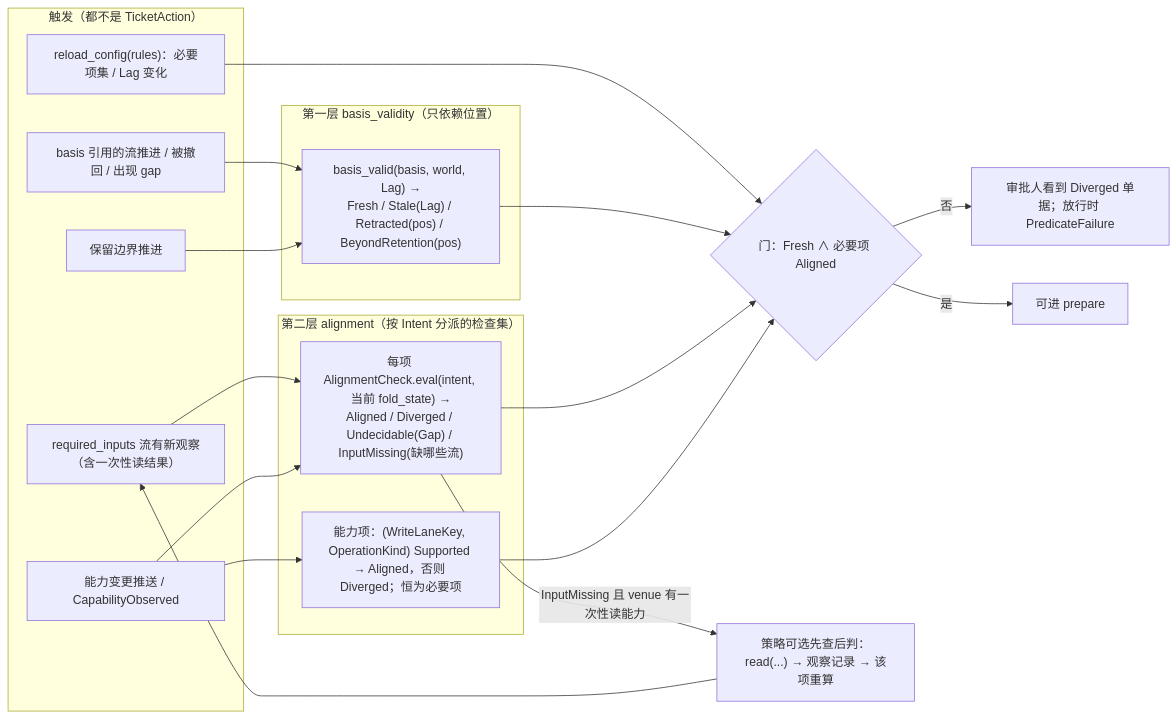
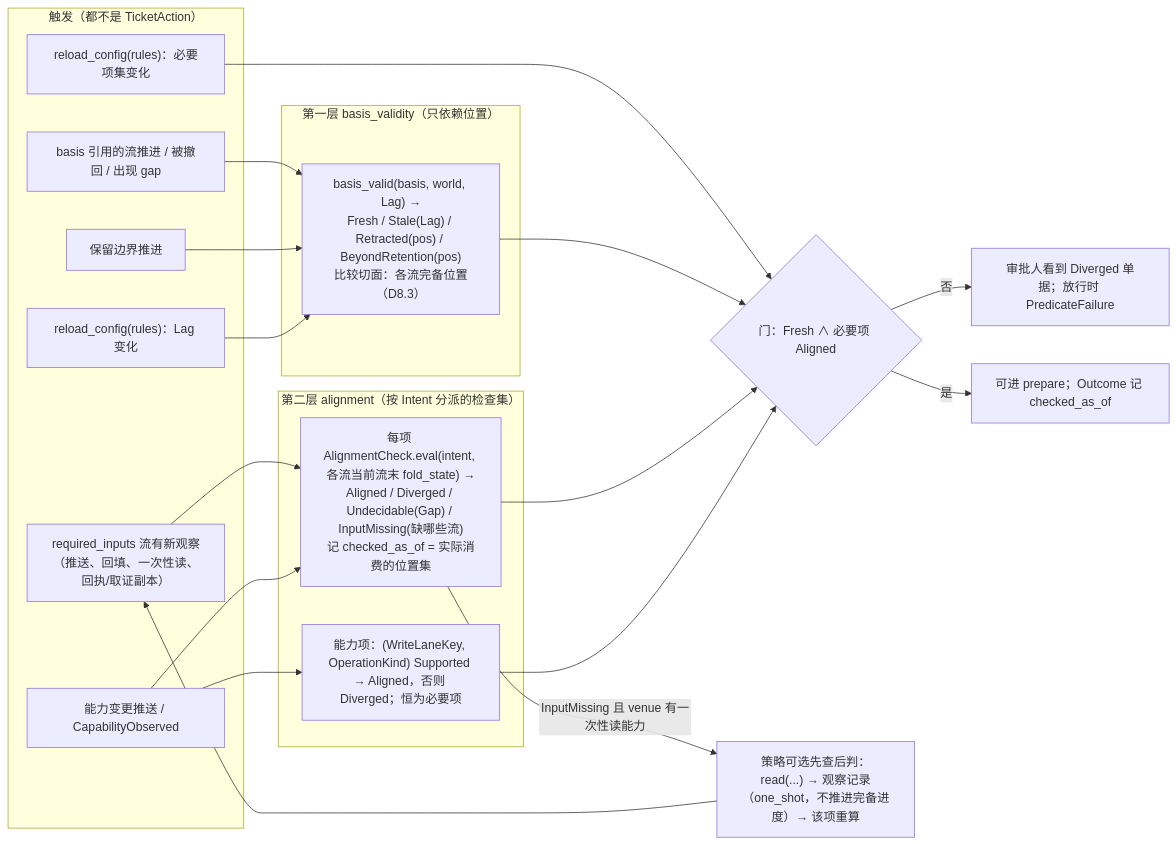
One commit to mouriya-s-lab/uta changed the fifth of 6 diagrams in design/diagrams/05-ticket-and-sts.md. Above: the diagram before and after it, drawn with Mermaid. The commit also changed other lines of this file and 9 other files, not shown here.

Commit message:
设计：并入 astra 复核——腿身份 AttemptRef、回执/证据字节归执行事实、EffectResponse 完成事实、AwaitingTargetTerminal 有界出口、ReconciliationReopened 重开取证、取证记录矩阵（Unavailable 不算取证）、lane 集合语义贯通、恢复先判 Resolved、alignment 读当前流末 + checked_as_of、一版一决 Conflict(AlreadyDecided)、Lag/完备位置切面、唯一边=类型依赖与语义消费、XA 类比改设计标签；图 D1–D9 同步

````diff
--- a/design/diagrams/05-ticket-and-sts.md
+++ b/design/diagrams/05-ticket-and-sts.md
@@ -141,30 +150,32 @@
 ```mermaid
 flowchart LR
   subgraph TRIG["触发（都不是 TicketAction）"]
     T1["basis 引用的流推进 / 被撤回 / 出现 gap"]
-    T2["required_inputs 流有新观察（含一次性读结果）"]
+    T2["required_inputs 流有新观察（推送、回填、一次性读、回执/取证副本）"]
     T3["能力变更推送 / CapabilityObserved"]
     T4["保留边界推进"]
-    T5["reload_config(rules)：必要项集 / Lag 变化"]
+    T5a["reload_config(rules)：Lag 变化"]
+    T5b["reload_config(rules)：必要项集变化"]
   end
   subgraph L1["第一层 basis_validity（只依赖位置）"]
-    V["basis_valid(basis, world, Lag) →<br/>Fresh / Stale(Lag) / Retracted(pos) / BeyondRetention(pos)"]
+    V["basis_valid(basis, world, Lag) →<br/>Fresh / Stale(Lag) / Retracted(pos) / BeyondRetention(pos)<br/>比较切面：各流完备位置（D8.3）"]
   end
   subgraph L2["第二层 alignment（按 Intent 分派的检查集）"]
-    CK["每项 AlignmentCheck.eval(intent, 当前 fold_state) →<br/>Aligned / Diverged / Undecidable(Gap) / InputMissing(缺哪些流)"]
+    CK["每项 AlignmentCheck.eval(intent, 各流当前流末 fold_state) →<br/>Aligned / Diverged / Undecidable(Gap) / InputMissing(缺哪些流)<br/>记 checked_as_of = 实际消费的位置集"]
     CAP["能力项：(WriteLaneKey, OperationKind) Supported → Aligned，否则 Diverged；恒为必要项"]
   end
   T1 --> V
   T4 --> V
+  T5a --> V
   T2 --> CK
   T3 --> CK
   T3 --> CAP
-  T5 --> GATE
+  T5b --> GATE
   V --> GATE{"门：Fresh ∧ 必要项 Aligned"}
   CK --> GATE
   CAP --> GATE
-  CK -->|"InputMissing 且 venue 有一次性读能力"| RD["策略可选先查后判：read(...) → 观察记录 → 该项重算"]
+  CK -->|"InputMissing 且 venue 有一次性读能力"| RD["策略可选先查后判：read(...) → 观察记录（one_shot，不推进完备进度）→ 该项重算"]
   RD --> T2
   GATE -->|"否"| DIV["审批人看到 Diverged 单据；放行时 PredicateFailure"]
-  GATE -->|"是"| OK["可进 prepare"]
+  GATE -->|"是"| OK["可进 prepare；Outcome 记 checked_as_of"]
 ```
````
